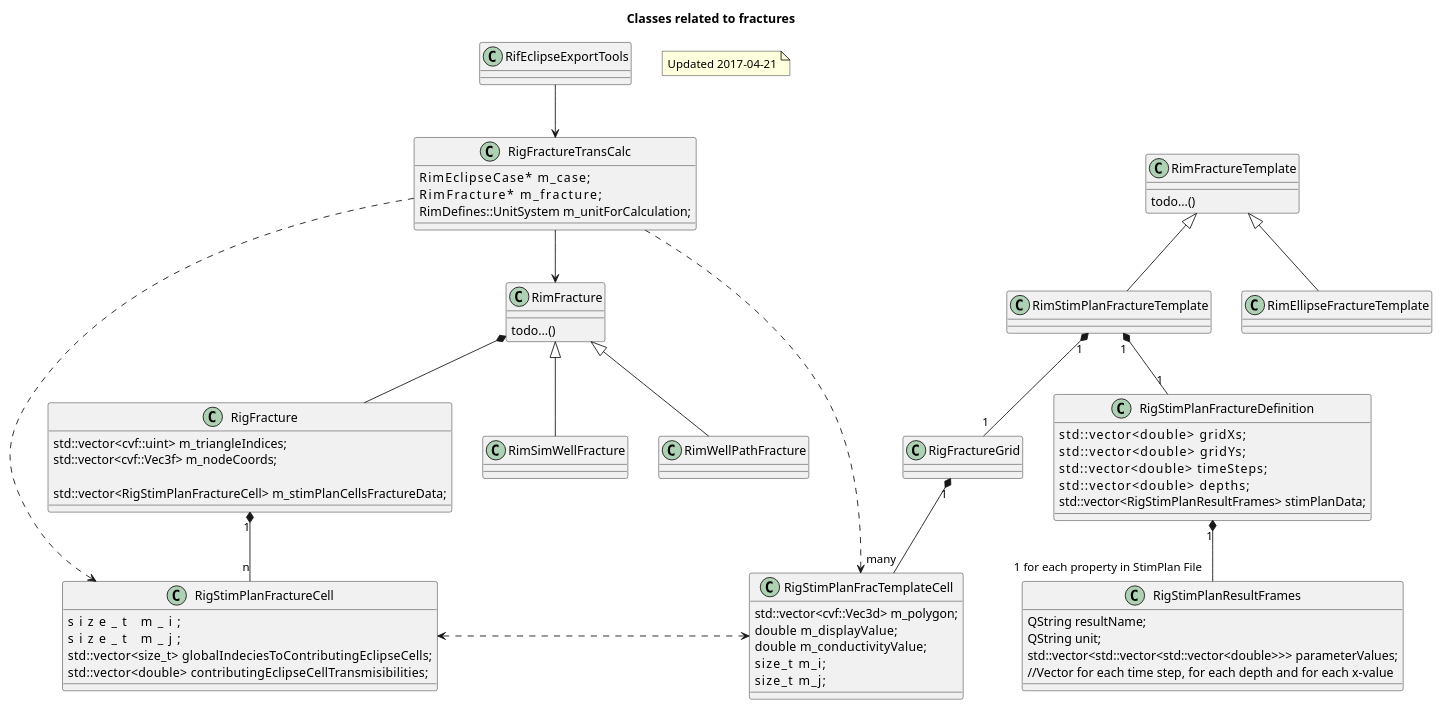
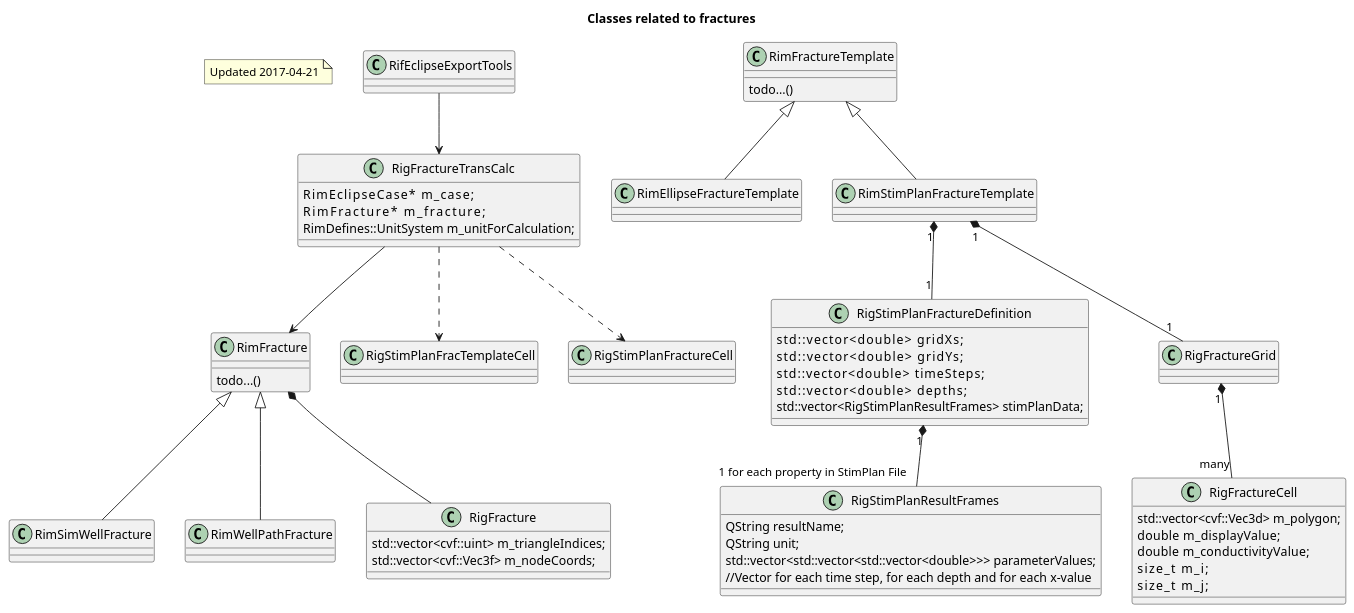
One commit to OPM/ResInsight changed the diagram in doc/fracture_clases.plantuml. Above: the diagram before and after it, drawn with PlantUML. The commit also changed 17 other files, not shown here.

Commit message:
#1487 Renaming RigStimPlanFracTemplateCell to RigFractureCell

```diff
--- a/doc/fracture_clases.plantuml
+++ b/doc/fracture_clases.plantuml
@@ -1,112 +1,101 @@
 @startuml
 
 Title Classes related to fractures
 
 note as N1
  Updated 2017-04-21
 end note
 
 class RimFracture {
   todo...()
 }
 
 class RimSimWellFracture {
 }
 class RimWellPathFracture {
 }
 
 
 RimFracture <|-- RimSimWellFracture
 RimFracture <|-- RimWellPathFracture
 
 class RigFracture{
     std::vector<cvf::uint>  m_triangleIndices;
     std::vector<cvf::Vec3f> m_nodeCoords;
 
-    std::vector<RigStimPlanFractureCell>  m_stimPlanCellsFractureData;
-}
-
-class RigStimPlanFractureCell{
-    size_t                  m_i;
-    size_t                  m_j;
-    std::vector<size_t>     globalIndeciesToContributingEclipseCells;
-    std::vector<double>     contributingEclipseCellTransmisibilities;
 }
 
 RimFracture *-- RigFracture
-RigFracture "1" *-- "n" RigStimPlanFractureCell
 
 class RimFractureTemplate {
   todo...()
 }
 
 class RimEllipseFractureTemplate {
 }
 class RimStimPlanFractureTemplate {
 }
 
 
 RimFractureTemplate <|-- RimEllipseFractureTemplate
 RimFractureTemplate <|-- RimStimPlanFractureTemplate
 
 class RigStimPlanFractureDefinition{
     std::vector<double>          gridXs;
     std::vector<double>          gridYs;
     std::vector<double>          timeSteps;
     std::vector<double>          depths;
     std::vector<RigStimPlanResultFrames> stimPlanData;
 
 }
 
-class RigStimPlanFracTemplateCell{
+class RigFractureCell{
     std::vector<cvf::Vec3d> m_polygon;
     double   m_displayValue;
     double   m_conductivityValue;
     size_t     m_i;
     size_t     m_j;
 
 
 }
 
 class RigFractureGrid{
 }
 
 
 RimStimPlanFractureTemplate "1" *-- "1" RigStimPlanFractureDefinition
 RimStimPlanFractureTemplate "1" *-- "1" RigFractureGrid
-RigFractureGrid "1" *-- "many" RigStimPlanFracTemplateCell
-
-RigStimPlanFractureCell <.> RigStimPlanFracTemplateCell
+RigFractureGrid "1" *-- "many" RigFractureCell
 
 class RigStimPlanResultFrames{
     QString resultName;
     QString unit;
     std::vector<std::vector<std::vector<double>>> parameterValues;
     //Vector for each time step, for each depth and for each x-value
 
 }
 
 RigStimPlanFractureDefinition "1" *-- "1 for each property in StimPlan File" RigStimPlanResultFrames
 
 
 class RigFractureTransCalc{
     RimEclipseCase*         m_case;
     RimFracture*            m_fracture;
     RimDefines::UnitSystem  m_unitForCalculation;
 }
 
 RigFractureTransCalc --> RimFracture 
 RigFractureTransCalc ..> RigStimPlanFracTemplateCell
 RigFractureTransCalc ..> RigStimPlanFractureCell
 
 
 class RifEclipseExportTools{
 }
 
 RifEclipseExportTools --> RigFractureTransCalc 
 
 
 
 
 
 @enduml
```
